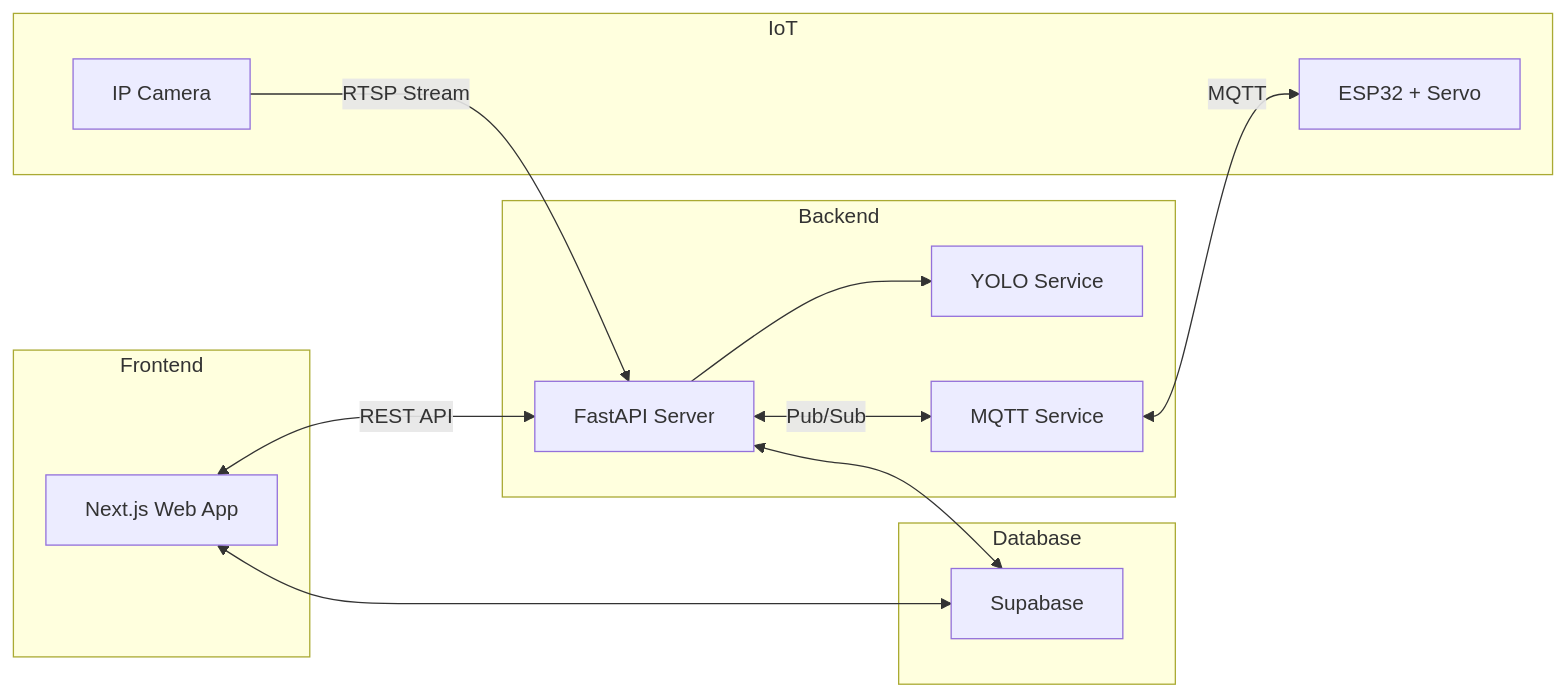
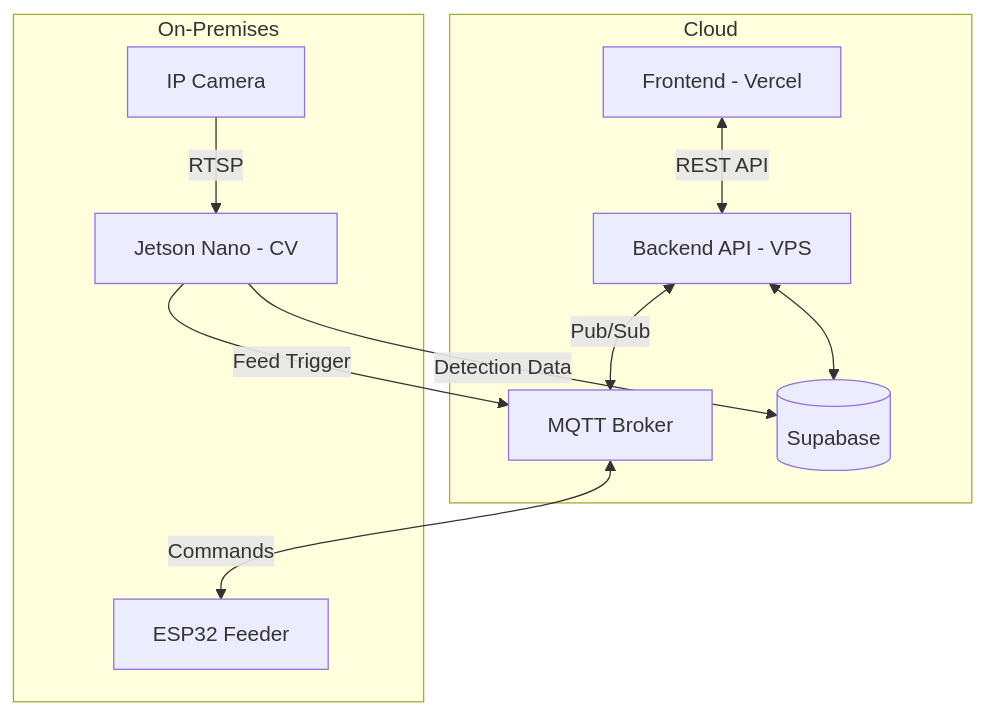
The diagram in README.md (ntshap/smartngon), drawn with Mermaid before and after one commit. The commit also changed other lines of this file, not shown here.

````diff
--- a/README.md
+++ b/README.md
@@ -34,29 +40,23 @@
 ```mermaid
-flowchart LR
-    subgraph Frontend
-        A[Next.js Web App]
+flowchart TB
+    subgraph Cloud
+        FE[Frontend - Vercel]
+        API[Backend API - VPS]
+        MQTT[MQTT Broker]
+        DB[(Supabase)]
     end
-
-    subgraph Backend
-        B[FastAPI Server]
-        C[YOLO Service]
-        D[MQTT Service]
+    
+    subgraph On-Premises
+        CAM[IP Camera]
+        JN[Jetson Nano - CV]
+        ESP[ESP32 Feeder]
     end
-
-    subgraph IoT
-        E[ESP32 + Servo]
-        F[IP Camera]
-    end
-
-    subgraph Database
-        G[Supabase]
-    end
-
-    A <-->|REST API| B
-    B --> C
-    B <-->|Pub/Sub| D
-    D <-->|MQTT| E
-    F -->|RTSP Stream| B
-    B <--> G
-    A <--> G
+    
+    FE <-->|REST API| API
+    API <--> DB
+    API <-->|Pub/Sub| MQTT
+    MQTT <-->|Commands| ESP
+    CAM -->|RTSP| JN
+    JN -->|Detection Data| DB
+    JN -->|Feed Trigger| MQTT
 ```
````
